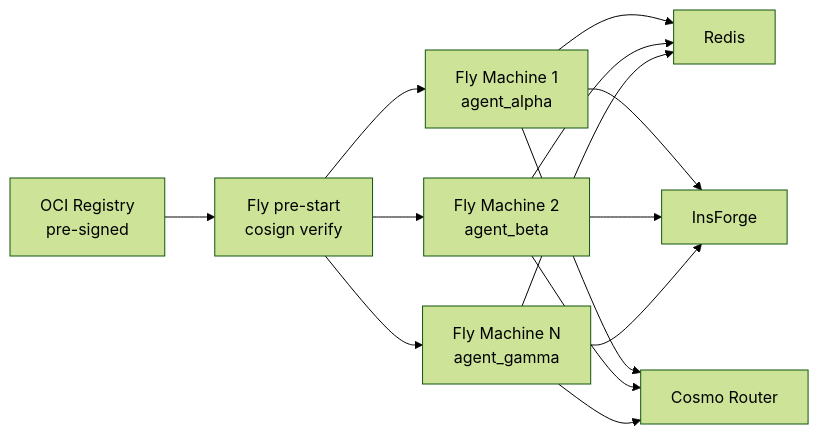
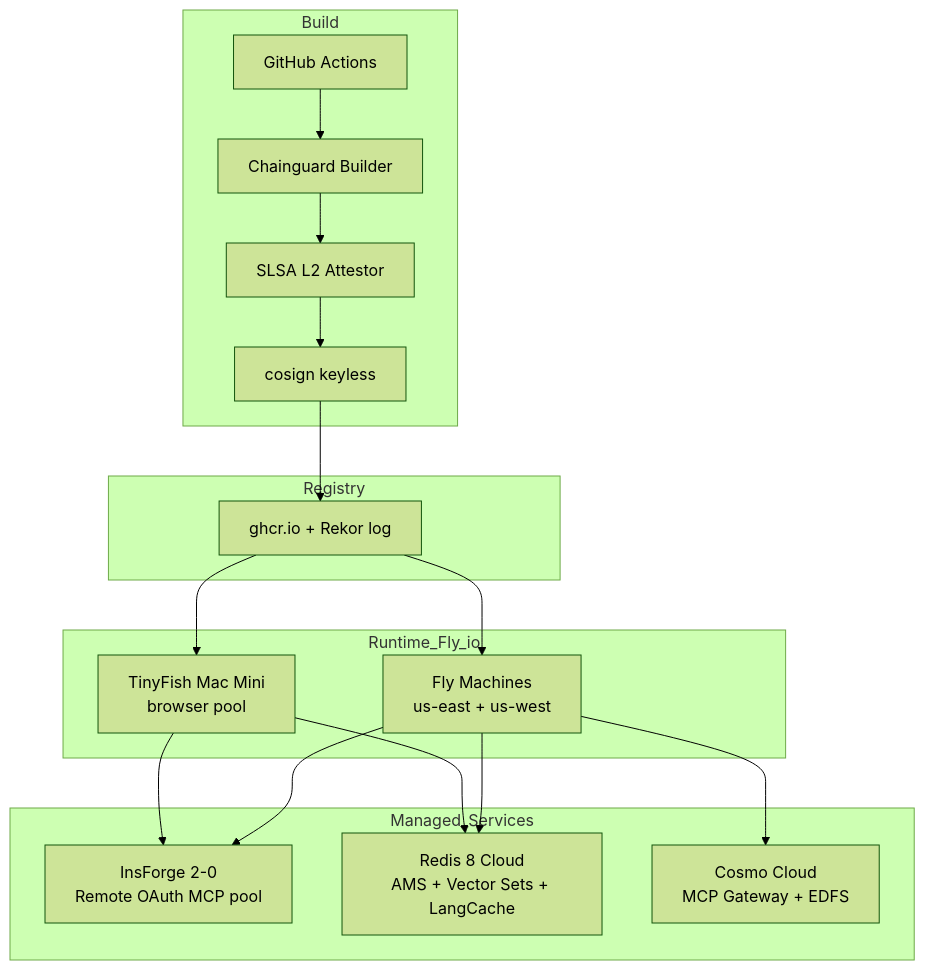
The eighth of 9 diagrams in architecture.md (nihalnihalani/understudy), drawn with Mermaid (forest theme) before and after one commit. The commit also changed other lines of this file and 1 other file, not shown here.

````diff
--- a/architecture.md
+++ b/architecture.md
@@ -344,16 +500,33 @@
 ```mermaid
-flowchart LR
-    Reg[OCI Registry<br/>pre-signed] --> Verify[Fly pre-start<br/>cosign verify]
-    Verify --> M1[Fly Machine 1<br/>agent_alpha]
-    Verify --> M2[Fly Machine 2<br/>agent_beta]
-    Verify --> M3[Fly Machine N<br/>agent_gamma]
-    M1 --> RD[Redis]
-    M2 --> RD
-    M3 --> RD
-    M1 --> IF[InsForge]
-    M2 --> IF
-    M3 --> IF
-    M1 --> CR[Cosmo Router]
-    M2 --> CR
-    M3 --> CR
+flowchart TB
+    subgraph Build
+        GH[GitHub Actions]
+        CG[Chainguard Builder]
+        SLSA[SLSA L2 Attestor]
+        CS[cosign keyless]
+    end
+
+    subgraph Registry
+        GHCR[ghcr.io + Rekor log]
+    end
+
+    subgraph Runtime_Fly_io
+        MACH[Fly Machines<br/>us-east + us-west]
+        MM[TinyFish Mac Mini<br/>browser pool]
+    end
+
+    subgraph Managed_Services
+        INS[InsForge 2-0<br/>Remote OAuth MCP pool]
+        R8[Redis 8 Cloud<br/>AMS + Vector Sets + LangCache]
+        COSMO[Cosmo Cloud<br/>MCP Gateway + EDFS]
+    end
+
+    GH --> CG --> SLSA --> CS --> GHCR
+    GHCR --> MACH
+    GHCR --> MM
+    MACH --> INS
+    MACH --> R8
+    MACH --> COSMO
+    MM --> INS
+    MM --> R8
 ```
````
